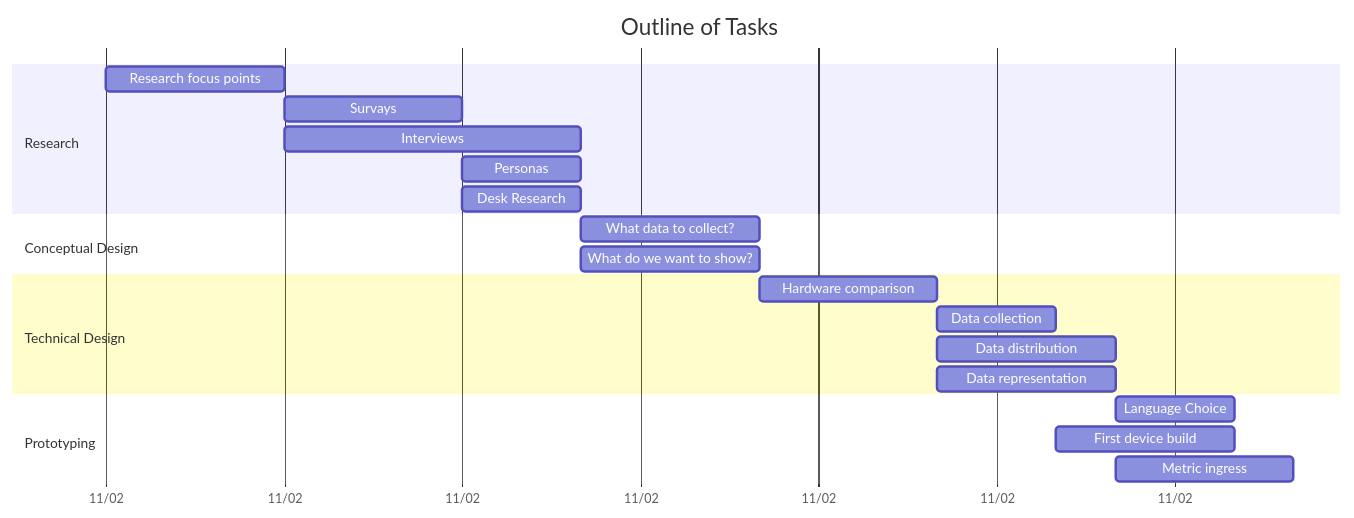
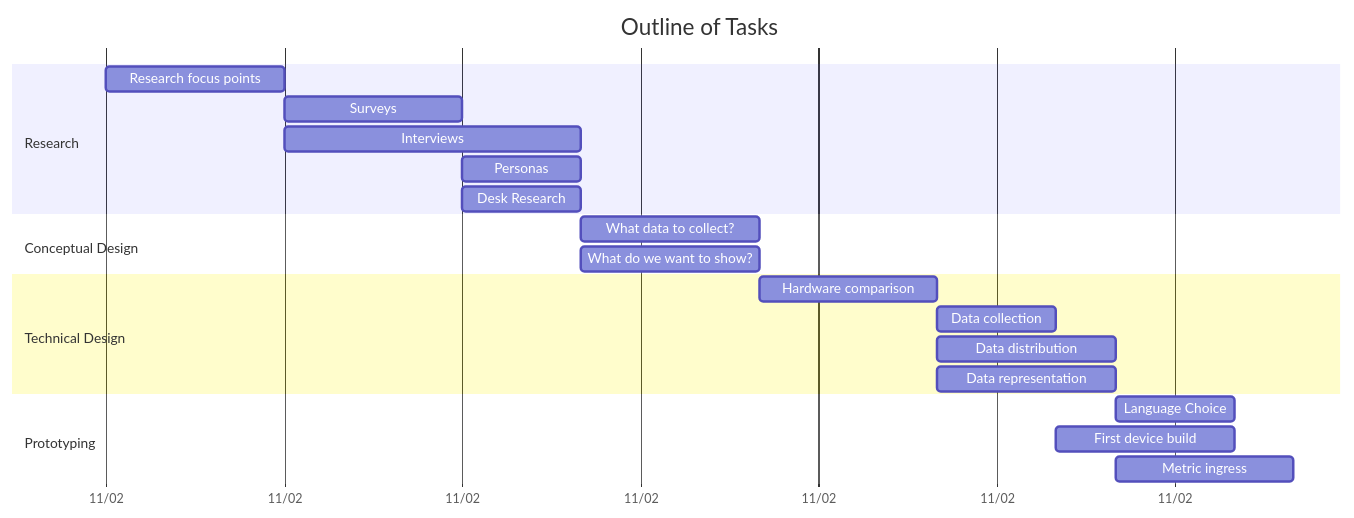
One commit to barrett370/ROT changed the diagram in content/ICP/_index.md. Above: the diagram before and after it, drawn with Mermaid.

Commit message:
Fix spelling

```diff
--- a/content/ICP/_index.md
+++ b/content/ICP/_index.md
@@ -9,28 +9,28 @@
 {{<mermaid>}}
 gantt
         dateFormat DD-MM
         axisFormat %d/%m
         title                                           Outline of Tasks
 
         section                                         Research
         Research focus points                           :fsc1, 11-02,           3h
-        Survays                                         :fsc2, after fsc1,      3h
+        Surveys                                         :fsc2, after fsc1,      3h
         Interviews                                      :fsc3, after fsc1,      5h
         Personas                                        :fsc4, after fsc2,      2h
         Desk Research                                   :fsc4, after fsc2,      2h
 
         section                                         Conceptual Design
         What data to collect?                           :aat1, after fsc3,      3h
         What do we want to show?                        :fsc5, after fsc3,      3h
 
         section                                         Technical Design
         Hardware comparison                             :aat2, after aat1,      3h
         Data collection                                 :aat4, after aat2,      2h
         Data distribution                               :aat5, after aat2,      3h
         Data representation                             :fsc5, after aat2,      3h
 
         section                                         Prototyping
         Language Choice                                 :aat3, after aat4 aat5, 2h
         First device build                              :prt1, after aat4,      3h
         Metric ingress                                  :prt2, after aat5,      3h
 {{</mermaid>}}
```
